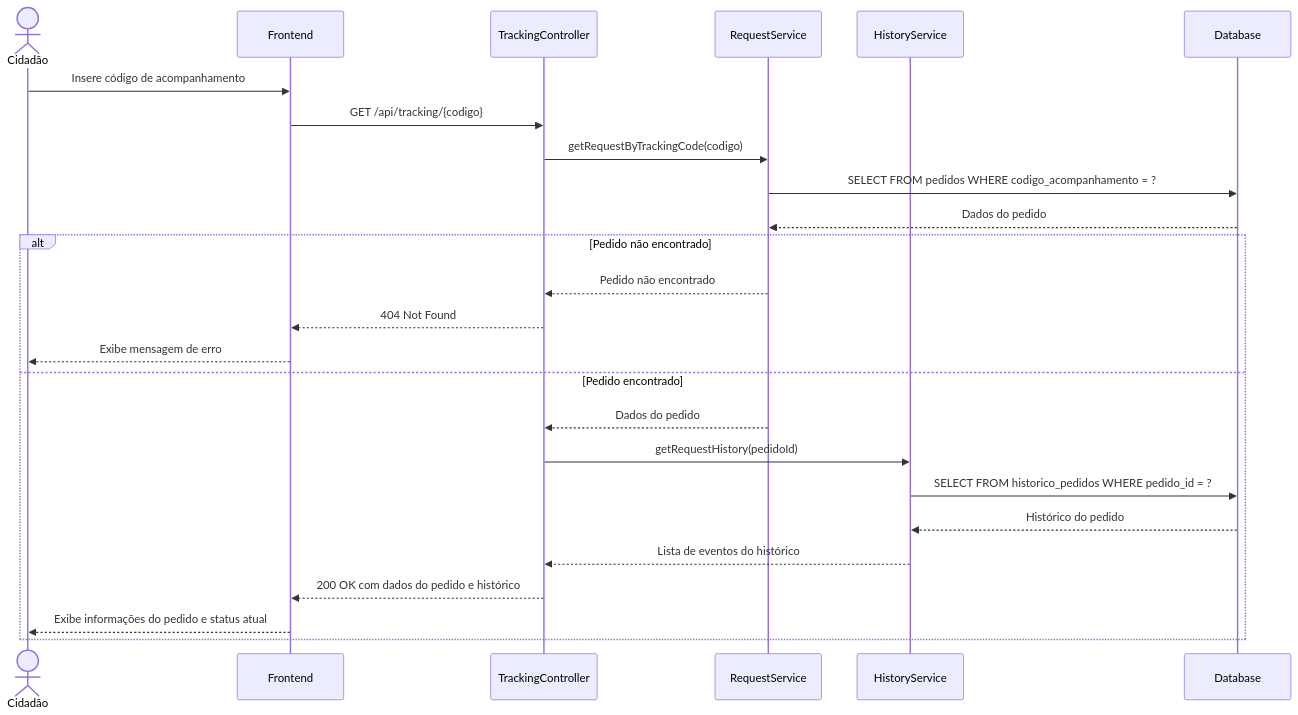
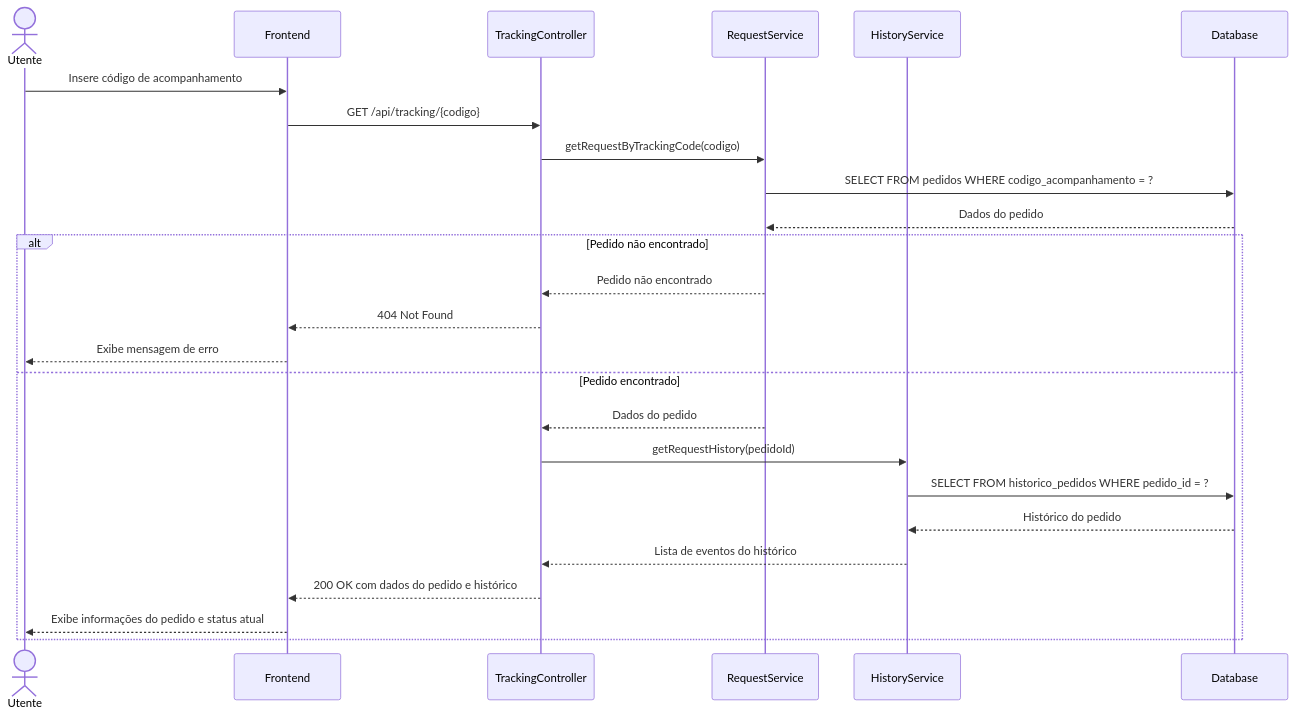
Before and after one commit to tchspprtcv/simple: the second of 5 diagrams in docs/dev/sequence_diagrams.md, drawn with Mermaid. The commit also changed other lines of this file and 152 other files, not shown here.

First line of the commit message:
refactor: migrate from monolith to microservices architecture

````diff
--- a/docs/dev/sequence_diagrams.md
+++ b/docs/dev/sequence_diagrams.md
@@ -59,32 +59,32 @@
 ```mermaid
 sequenceDiagram
-    actor Cidadão
+    actor Utente
     participant Frontend
     participant TrackingController
     participant RequestService
     participant HistoryService
     participant Database
     
-    Cidadão->>Frontend: Insere código de acompanhamento
+    Utente->>Frontend: Insere código de acompanhamento
     Frontend->>TrackingController: GET /api/tracking/{codigo}
     
     TrackingController->>RequestService: getRequestByTrackingCode(codigo)
     RequestService->>Database: SELECT FROM pedidos WHERE codigo_acompanhamento = ?
     Database-->>RequestService: Dados do pedido
     
     alt Pedido não encontrado
         RequestService-->>TrackingController: Pedido não encontrado
         TrackingController-->>Frontend: 404 Not Found
-        Frontend-->>Cidadão: Exibe mensagem de erro
+        Frontend-->>Utente: Exibe mensagem de erro
     else Pedido encontrado
         RequestService-->>TrackingController: Dados do pedido
         
         TrackingController->>HistoryService: getRequestHistory(pedidoId)
         HistoryService->>Database: SELECT FROM historico_pedidos WHERE pedido_id = ?
         Database-->>HistoryService: Histórico do pedido
         HistoryService-->>TrackingController: Lista de eventos do histórico
         
         TrackingController-->>Frontend: 200 OK com dados do pedido e histórico
-        Frontend-->>Cidadão: Exibe informações do pedido e status atual
+        Frontend-->>Utente: Exibe informações do pedido e status atual
     end
 ```
````
